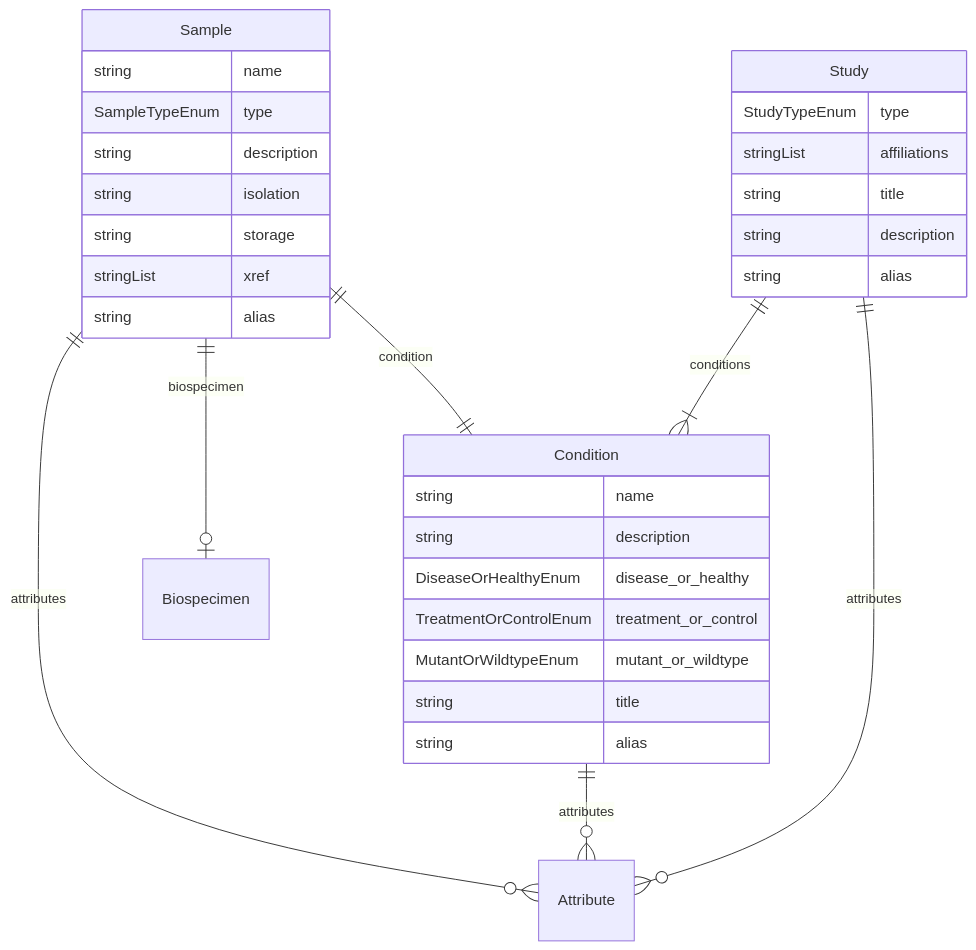
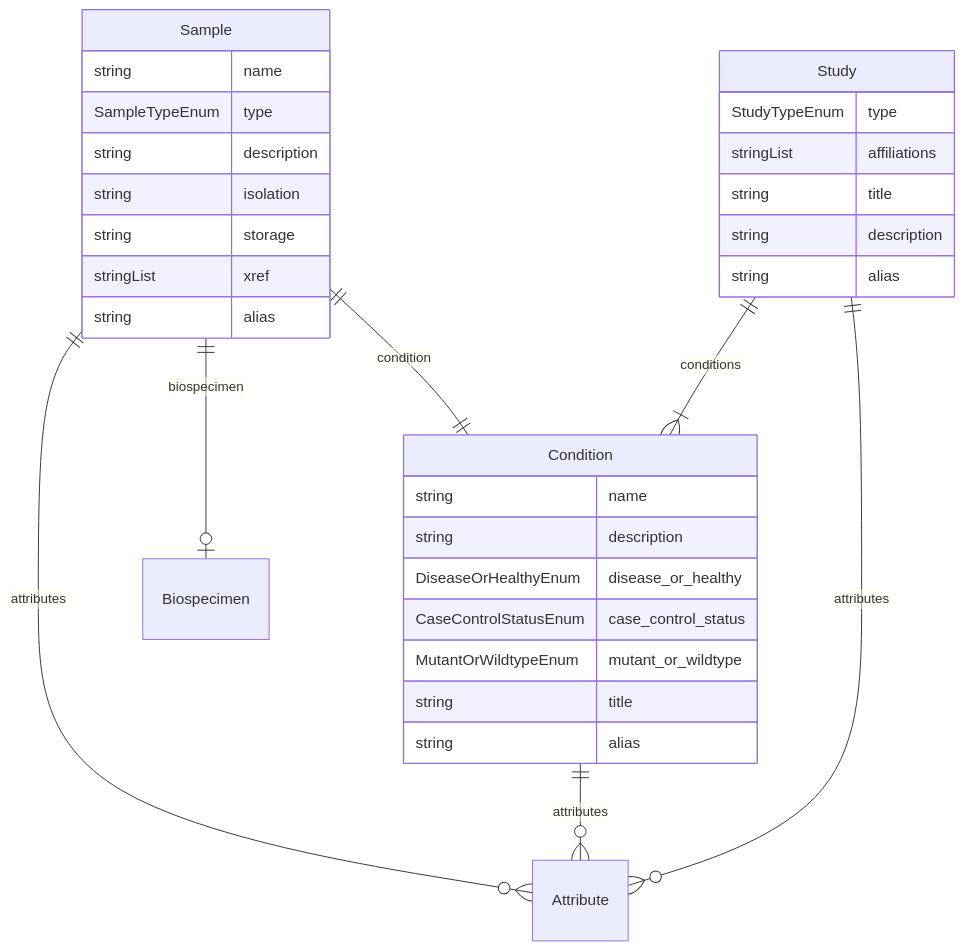
Before and after one commit to ghga-de/ghga-metadata-schema: the seventh of 7 diagrams in docs/entity_relations.md, drawn with Mermaid. The commit also changed 9 other files, not shown here.

Commit message:
Add CaseControlStatusEnum

````diff
--- a/docs/entity_relations.md
+++ b/docs/entity_relations.md
@@ -372,36 +372,36 @@
 ```mermaid
 erDiagram
 Sample {
     string name  
     SampleTypeEnum type  
     string description  
     string isolation  
     string storage  
     stringList xref  
     string alias  
 }
 Condition {
     string name  
     string description  
     DiseaseOrHealthyEnum disease_or_healthy  
-    TreatmentOrControlEnum treatment_or_control  
+    CaseControlStatusEnum case_control_status  
     MutantOrWildtypeEnum mutant_or_wildtype  
     string title  
     string alias  
 }
 Study {
     StudyTypeEnum type  
     stringList affiliations  
     string title  
     string description  
     string alias  
 }
 
 Sample ||--|o Biospecimen : "biospecimen"
 Sample ||--|| Condition : "condition"
 Sample ||--}o Attribute : "attributes"
 Condition ||--}o Attribute : "attributes"
 Study ||--}| Condition : "conditions"
 Study ||--}o Attribute : "attributes"
 
 ```
````
